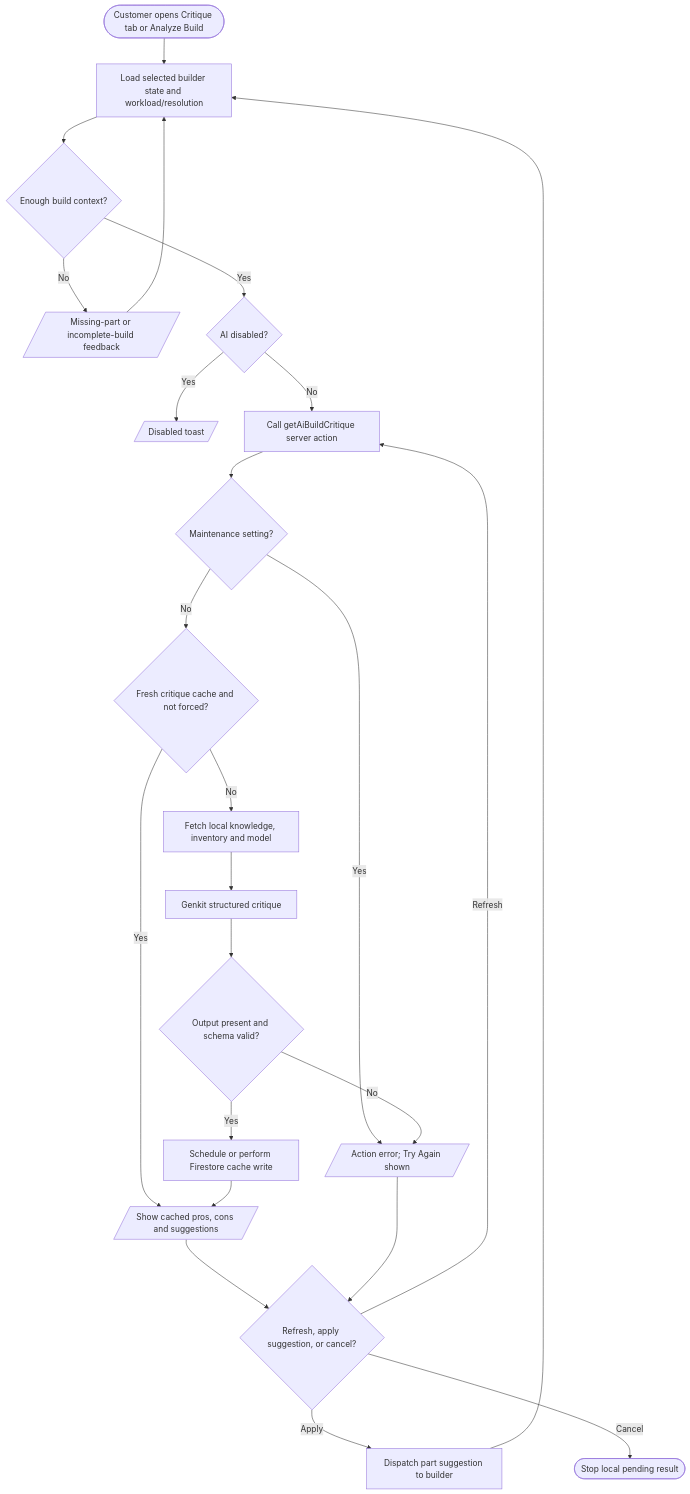
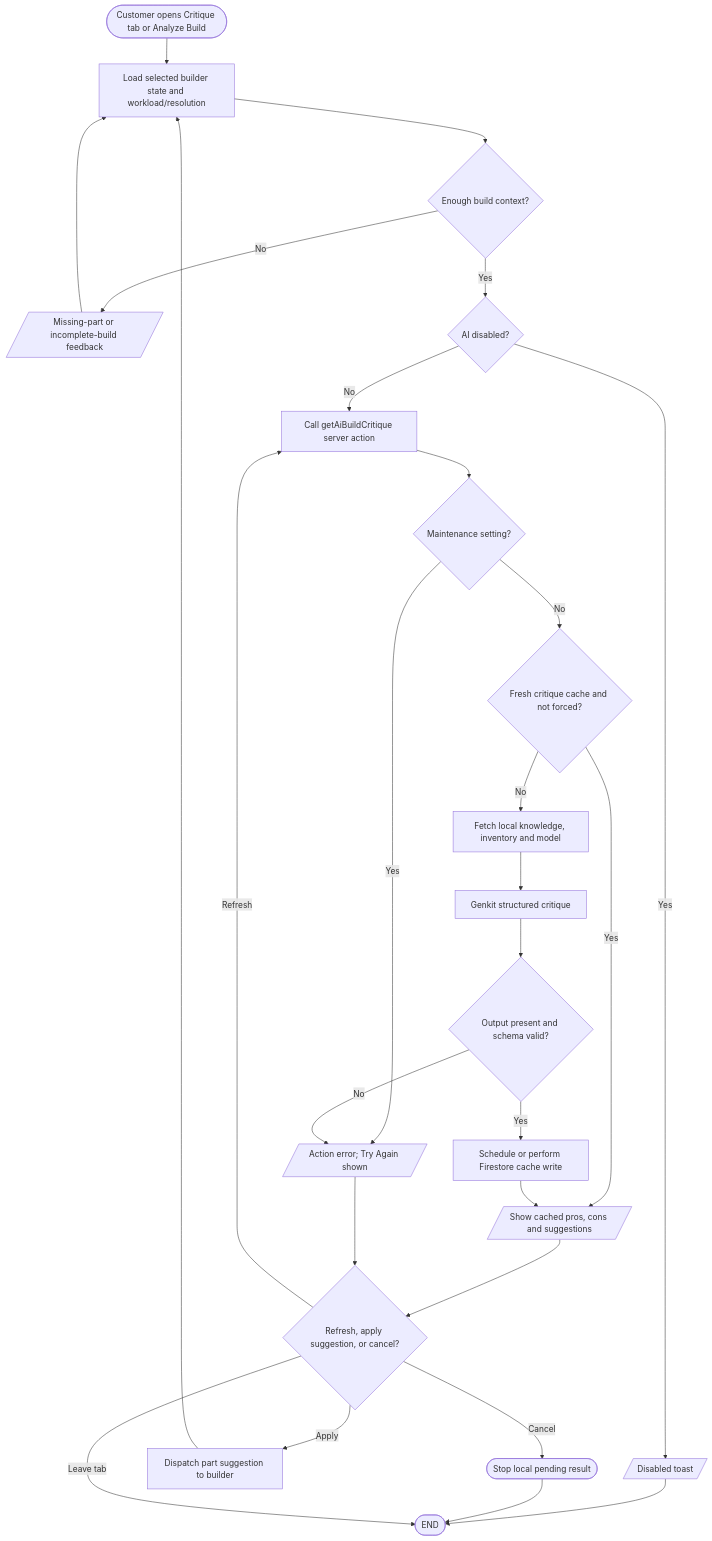
One commit to VirgenRayzon/BuilbotAI changed the diagram in docs/flowcharts/ai-system/ai-build-critique-flowchart.md. Above: the diagram before and after it, drawn with Mermaid. The commit also changed other lines of this file and 109 other files, not shown here.

Commit message:
feat(builder): add live recommendations, budget slider, and updated system flowcharts

````diff
--- a/docs/flowcharts/ai-system/ai-build-critique-flowchart.md
+++ b/docs/flowcharts/ai-system/ai-build-critique-flowchart.md
@@ -3,23 +7,26 @@
 ```mermaid
 flowchart TD
   Start([Customer opens Critique tab or Analyze Build]) --> Build[Load selected builder state and workload/resolution]
   Build --> Complete{Enough build context?}
   Complete -- No --> Missing[/Missing-part or incomplete-build feedback/] --> Build
   Complete -- Yes --> Kill{AI disabled?}
   Kill -- Yes --> Disabled[/Disabled toast/]
   Kill -- No --> Call[Call getAiBuildCritique server action]
   Call --> Maintenance{Maintenance setting?}
   Maintenance -- Yes --> Error[/Action error; Try Again shown/]
   Maintenance -- No --> Cache{Fresh critique cache and not forced?}
   Cache -- Yes --> Result[/Show cached pros, cons and suggestions/]
   Cache -- No --> Gather[Fetch local knowledge, inventory and model]
   Gather --> Generate[Genkit structured critique]
   Generate --> Valid{Output present and schema valid?}
   Valid -- No --> Error
   Valid -- Yes --> CacheWrite[Schedule or perform Firestore cache write] --> Result
   Result --> Choice{Refresh, apply suggestion, or cancel?}
   Choice -- Refresh --> Call
   Choice -- Apply --> Event[Dispatch part suggestion to builder] --> Build
   Choice -- Cancel --> Cancel([Stop local pending result])
   Error --> Choice
+  Disabled --> Finish([END])
+  Cancel --> Finish
+  Choice -- Leave tab --> Finish
 ```
````
